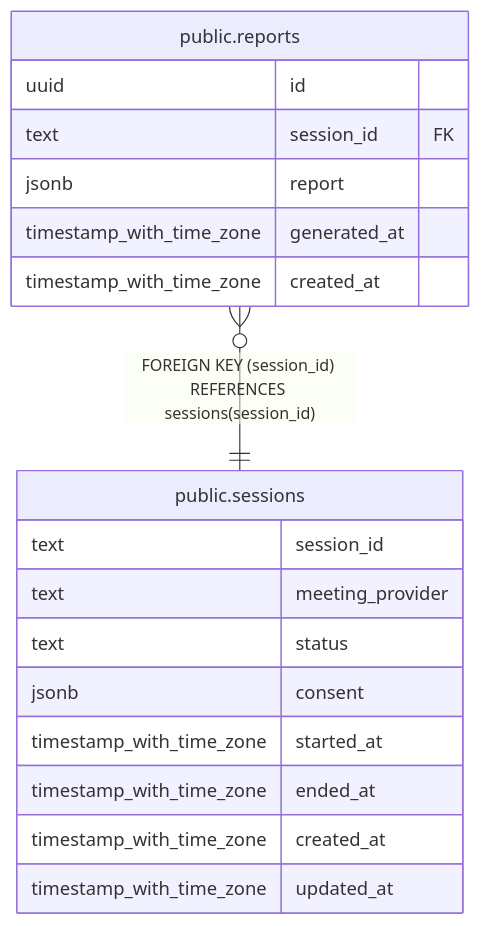
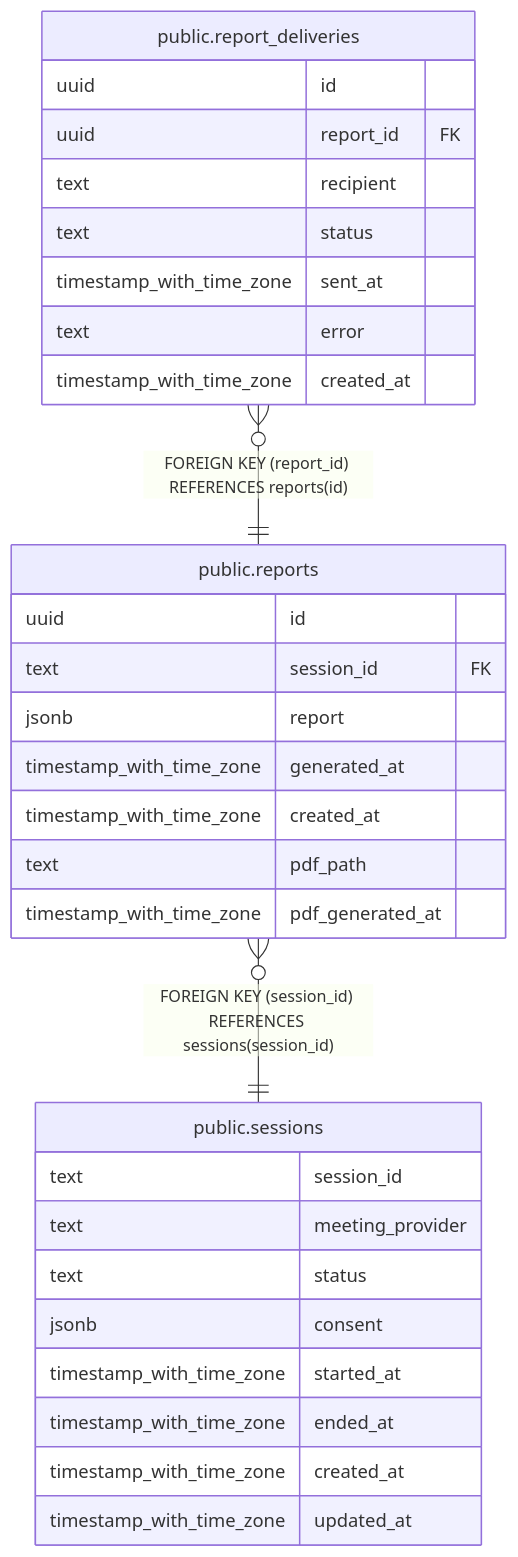
Before and after one commit to k-kanke/reaction-engine: the diagram in docs/schema/public.reports.md, drawn with Mermaid. The commit also changed other lines of this file and 13 other files, not shown here.

````diff
--- a/docs/schema/public.reports.md
+++ b/docs/schema/public.reports.md
@@ -31,23 +33,35 @@
 ```mermaid
 erDiagram
 
+"public.report_deliveries" }o--|| "public.reports" : "FOREIGN KEY (report_id) REFERENCES reports(id)"
 "public.reports" }o--|| "public.sessions" : "FOREIGN KEY (session_id) REFERENCES sessions(session_id)"
 
 "public.reports" {
   uuid id
   text session_id FK
   jsonb report
   timestamp_with_time_zone generated_at
+  timestamp_with_time_zone created_at
+  text pdf_path
+  timestamp_with_time_zone pdf_generated_at
+}
+"public.report_deliveries" {
+  uuid id
+  uuid report_id FK
+  text recipient
+  text status
+  timestamp_with_time_zone sent_at
+  text error
   timestamp_with_time_zone created_at
 }
 "public.sessions" {
   text session_id
   text meeting_provider
   text status
   jsonb consent
   timestamp_with_time_zone started_at
   timestamp_with_time_zone ended_at
   timestamp_with_time_zone created_at
   timestamp_with_time_zone updated_at
 }
 ```
````
